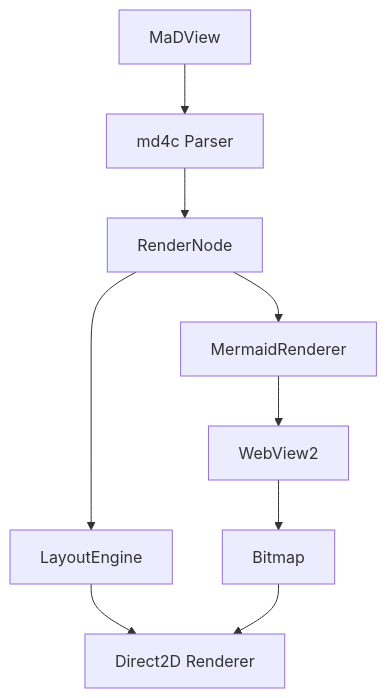
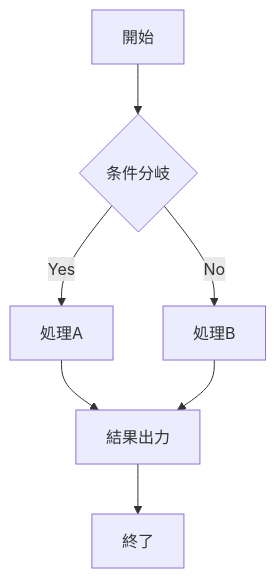
One commit to tanaton/mendo changed diagram 19 of 23 in test.md. Above: the diagram before and after it, drawn with Mermaid. The commit also changed other lines of this file, not shown here.

````diff
--- a/test.md
+++ b/test.md
@@ -81,11 +1381,9 @@
 ```mermaid
-graph TD
-    A[MaDView] --> B[md4c Parser]
-    B --> C[RenderNode]
-    C --> D[LayoutEngine]
-    D --> E[Direct2D Renderer]
-    C --> F[MermaidRenderer]
-    F --> G[WebView2]
-    G --> H[Bitmap]
-    H --> E
+flowchart TD
+    A[開始] --> B{条件分岐}
+    B -->|Yes| C[処理A]
+    B -->|No| D[処理B]
+    C --> E[結果出力]
+    D --> E
+    E --> F[終了]
 ```
````
